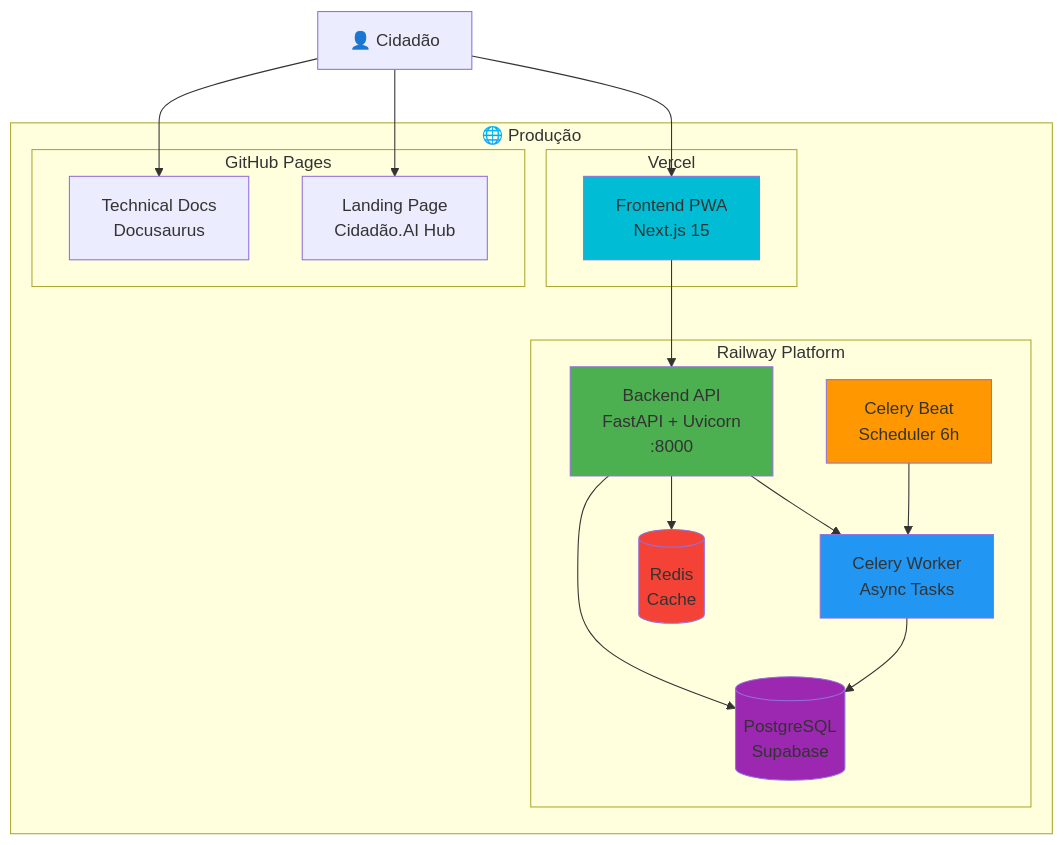
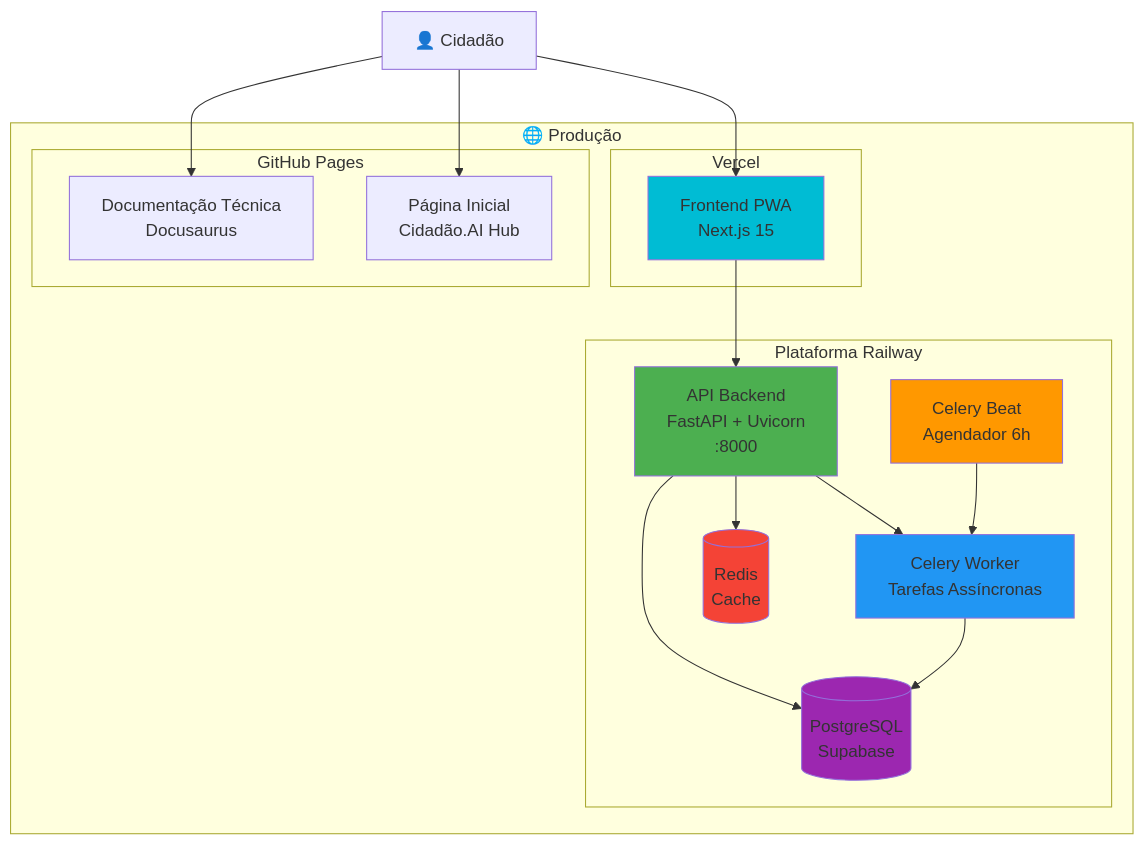
Before and after one commit to anderson-ufrj/cidadao.ai-technical-docs: the diagram in docs/intro.md, drawn with Mermaid. The commit also changed other lines of this file and 1 other file, not shown here.

````diff
--- a/docs/intro.md
+++ b/docs/intro.md
@@ -40,39 +40,39 @@
 ```mermaid
 graph TB
     subgraph "🌐 Produção"
-        subgraph "Railway Platform"
-            API[Backend API<br/>FastAPI + Uvicorn<br/>:8000]
-            Worker[Celery Worker<br/>Async Tasks]
-            Beat[Celery Beat<br/>Scheduler 6h]
+        subgraph "Plataforma Railway"
+            API[API Backend<br/>FastAPI + Uvicorn<br/>:8000]
+            Worker[Celery Worker<br/>Tarefas Assíncronas]
+            Beat[Celery Beat<br/>Agendador 6h]
             PG[(PostgreSQL<br/>Supabase)]
             RD[(Redis<br/>Cache)]
         end
 
         subgraph "Vercel"
             Next[Frontend PWA<br/>Next.js 15]
         end
 
         subgraph "GitHub Pages"
-            Docs[Technical Docs<br/>Docusaurus]
-            Hub[Landing Page<br/>Cidadão.AI Hub]
+            Docs[Documentação Técnica<br/>Docusaurus]
+            Hub[Página Inicial<br/>Cidadão.AI Hub]
         end
     end
 
     User[👤 Cidadão] --> Next
     User --> Hub
     User --> Docs
 
     Next --> API
     API --> Worker
     Beat --> Worker
     API --> PG
     API --> RD
     Worker --> PG
 
     style API fill:#4CAF50
     style Worker fill:#2196F3
     style Beat fill:#FF9800
     style Next fill:#00BCD4
     style PG fill:#9C27B0
     style RD fill:#F44336
 ```
````
